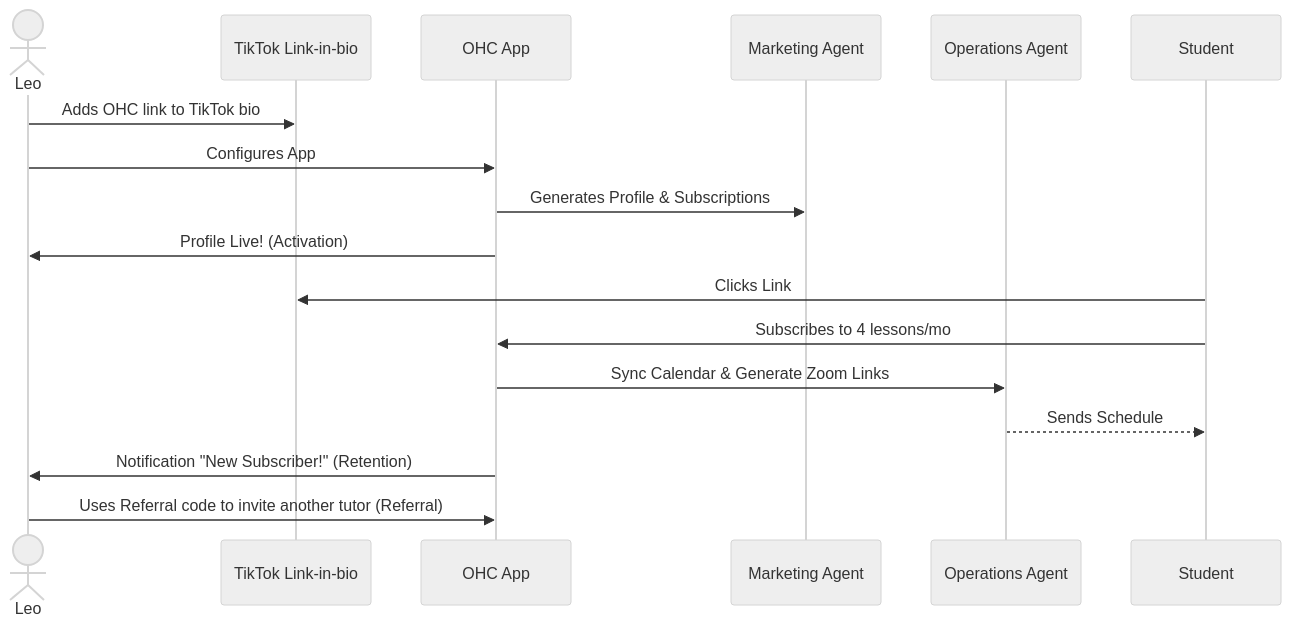
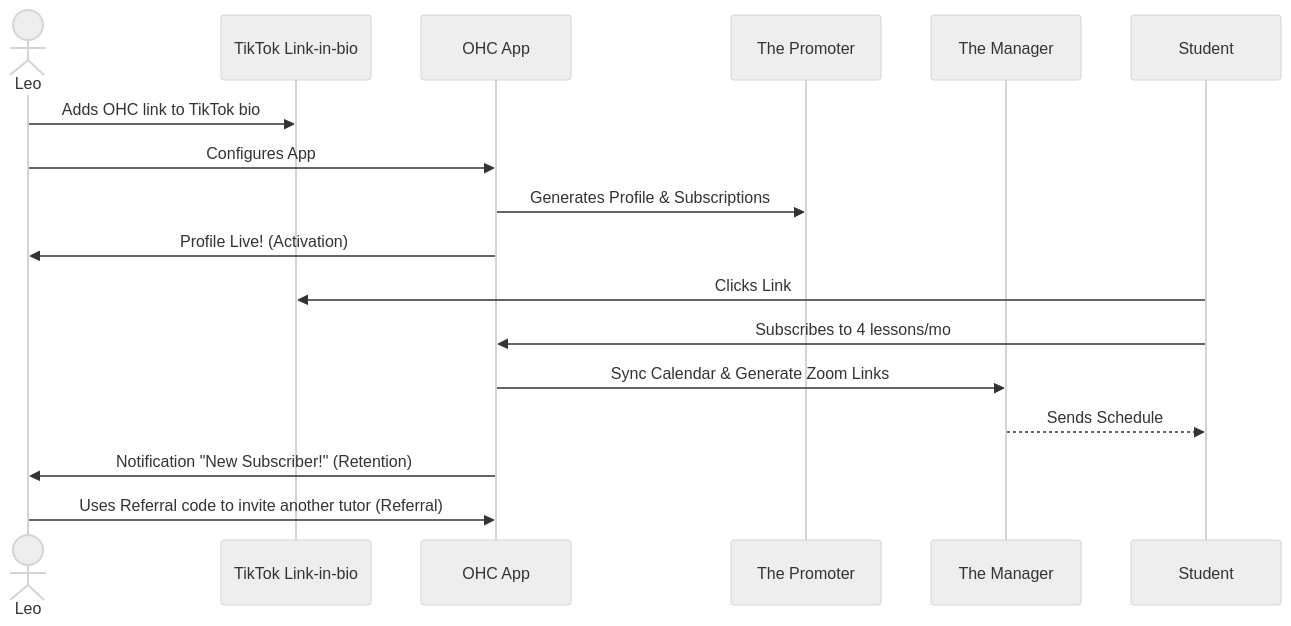
The fourth of 5 diagrams in docs/research/[architecture]_business_journey.md (omnisolo-llc/onehumancorp), drawn with Mermaid (neutral theme) before and after one commit. The commit also changed other lines of this file and 1 other file, not shown here.

Commit message:
Add comprehensive business journey architecture research report

````diff
--- a/docs/research/[architecture]_business_journey.md
+++ b/docs/research/[architecture]_business_journey.md
@@ -123,20 +141,20 @@
 ```mermaid
 sequenceDiagram
     actor Leo
     participant Social as TikTok Link-in-bio
     participant OHC as OHC App
-    participant AI_Mark as Marketing Agent
-    participant AI_Ops as Operations Agent
+    participant AI_Mark as The Promoter
+    participant AI_Ops as The Manager
     participant Student as Student
 
     Leo->>Social: Adds OHC link to TikTok bio
     Leo->>OHC: Configures App
     OHC->>AI_Mark: Generates Profile & Subscriptions
     OHC->>Leo: Profile Live! (Activation)
     Student->>Social: Clicks Link
     Student->>OHC: Subscribes to 4 lessons/mo
     OHC->>AI_Ops: Sync Calendar & Generate Zoom Links
     AI_Ops-->>Student: Sends Schedule
     OHC->>Leo: Notification "New Subscriber!" (Retention)
     Leo->>OHC: Uses Referral code to invite another tutor (Referral)
 ```
````
